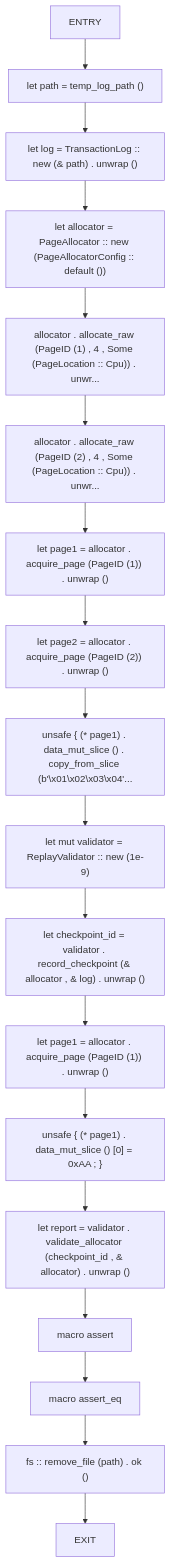
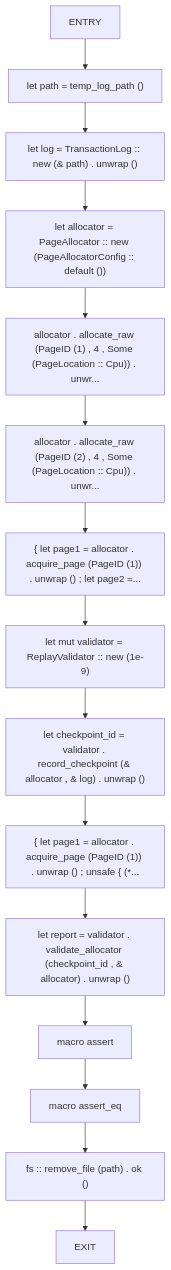
Before and after one commit to cicero-violate/MMSB: the fifth of 40 diagrams in docs/analysis/cfg/010-src-01_page.md, drawn with Mermaid. The commit also changed other lines of this file and 865 other files, not shown here.

````diff
--- a/docs/analysis/cfg/010-src-01_page.md
+++ b/docs/analysis/cfg/010-src-01_page.md
@@ -130,38 +100,32 @@
 ```mermaid
 flowchart TD
     checkpoint_validation_detects_divergence_0["ENTRY"]
     checkpoint_validation_detects_divergence_1["let path = temp_log_path ()"]
     checkpoint_validation_detects_divergence_2["let log = TransactionLog :: new (& path) . unwrap ()"]
     checkpoint_validation_detects_divergence_3["let allocator = PageAllocator :: new (PageAllocatorConfig :: default ())"]
     checkpoint_validation_detects_divergence_4["allocator . allocate_raw (PageID (1) , 4 , Some (PageLocation :: Cpu)) . unwr..."]
     checkpoint_validation_detects_divergence_5["allocator . allocate_raw (PageID (2) , 4 , Some (PageLocation :: Cpu)) . unwr..."]
-    checkpoint_validation_detects_divergence_6["let page1 = allocator . acquire_page (PageID (1)) . unwrap ()"]
-    checkpoint_validation_detects_divergence_7["let page2 = allocator . acquire_page (PageID (2)) . unwrap ()"]
-    checkpoint_validation_detects_divergence_8["unsafe { (* page1) . data_mut_slice () . copy_from_slice (b'\x01\x02\x03\x04'..."]
-    checkpoint_validation_detects_divergence_9["let mut validator = ReplayValidator :: new (1e-9)"]
-    checkpoint_validation_detects_divergence_10["let checkpoint_id = validator . record_checkpoint (& allocator , & log) . unwrap ()"]
-    checkpoint_validation_detects_divergence_11["let page1 = allocator . acquire_page (PageID (1)) . unwrap ()"]
-    checkpoint_validation_detects_divergence_12["unsafe { (* page1) . data_mut_slice () [0] = 0xAA ; }"]
-    checkpoint_validation_detects_divergence_13["let report = validator . validate_allocator (checkpoint_id , & allocator) . unwrap ()"]
-    checkpoint_validation_detects_divergence_14["macro assert"]
-    checkpoint_validation_detects_divergence_15["macro assert_eq"]
-    checkpoint_validation_detects_divergence_16["fs :: remove_file (path) . ok ()"]
-    checkpoint_validation_detects_divergence_17["EXIT"]
+    checkpoint_validation_detects_divergence_6["{ let page1 = allocator . acquire_page (PageID (1)) . unwrap () ; let page2 =..."]
+    checkpoint_validation_detects_divergence_7["let mut validator = ReplayValidator :: new (1e-9)"]
+    checkpoint_validation_detects_divergence_8["let checkpoint_id = validator . record_checkpoint (& allocator , & log) . unwrap ()"]
+    checkpoint_validation_detects_divergence_9["{ let page1 = allocator . acquire_page (PageID (1)) . unwrap () ; unsafe { (*..."]
+    checkpoint_validation_detects_divergence_10["let report = validator . validate_allocator (checkpoint_id , & allocator) . unwrap ()"]
+    checkpoint_validation_detects_divergence_11["macro assert"]
+    checkpoint_validation_detects_divergence_12["macro assert_eq"]
+    checkpoint_validation_detects_divergence_13["fs :: remove_file (path) . ok ()"]
+    checkpoint_validation_detects_divergence_14["EXIT"]
     checkpoint_validation_detects_divergence_0 --> checkpoint_validation_detects_divergence_1
     checkpoint_validation_detects_divergence_1 --> checkpoint_validation_detects_divergence_2
     checkpoint_validation_detects_divergence_2 --> checkpoint_validation_detects_divergence_3
     checkpoint_validation_detects_divergence_3 --> checkpoint_validation_detects_divergence_4
     checkpoint_validation_detects_divergence_4 --> checkpoint_validation_detects_divergence_5
     checkpoint_validation_detects_divergence_5 --> checkpoint_validation_detects_divergence_6
     checkpoint_validation_detects_divergence_6 --> checkpoint_validation_detects_divergence_7
     checkpoint_validation_detects_divergence_7 --> checkpoint_validation_detects_divergence_8
     checkpoint_validation_detects_divergence_8 --> checkpoint_validation_detects_divergence_9
     checkpoint_validation_detects_divergence_9 --> checkpoint_validation_detects_divergence_10
     checkpoint_validation_detects_divergence_10 --> checkpoint_validation_detects_divergence_11
     checkpoint_validation_detects_divergence_11 --> checkpoint_validation_detects_divergence_12
     checkpoint_validation_detects_divergence_12 --> checkpoint_validation_detects_divergence_13
     checkpoint_validation_detects_divergence_13 --> checkpoint_validation_detects_divergence_14
-    checkpoint_validation_detects_divergence_14 --> checkpoint_validation_detects_divergence_15
-    checkpoint_validation_detects_divergence_15 --> checkpoint_validation_detects_divergence_16
-    checkpoint_validation_detects_divergence_16 --> checkpoint_validation_detects_divergence_17
 ```
````
